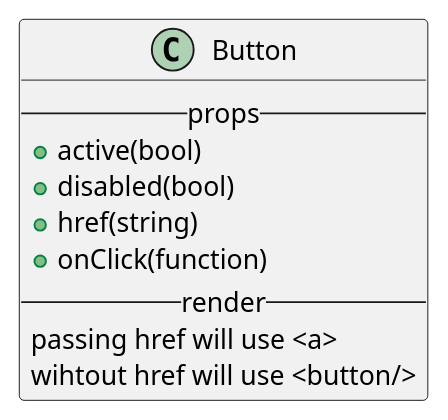
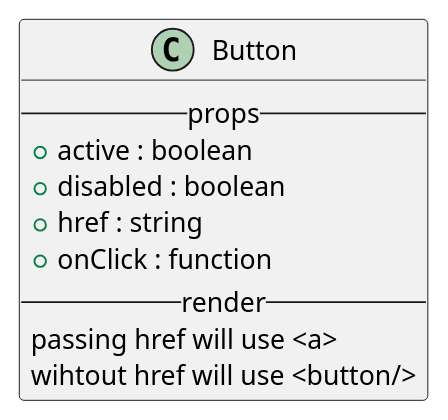
One commit to M9k/Marvin-Uml changed the diagram in react/bootstrap/button.iuml. Above: the diagram before and after it, drawn with PlantUML. The commit also changed 10 other files, not shown here.

Commit message:
fix uml standard parte bootstrap

```diff
--- a/react/bootstrap/button.iuml
+++ b/react/bootstrap/button.iuml
@@ -1,11 +1,11 @@
 class Button{
   --props--
-      + active(bool)
-      + disabled(bool)
-      + href(string)
-      + onClick(function)
+      + active : boolean
+      + disabled : boolean
+      + href : string
+      + onClick : function
   --render--
       passing href will use <a>
       wihtout href will use <button/>
 }
 /'Questa è una prova 3'/
```
